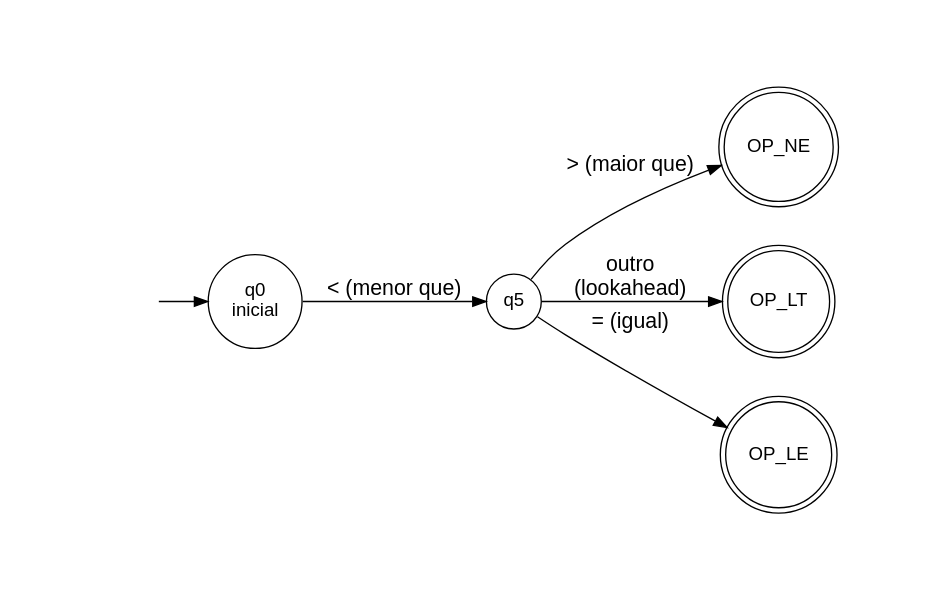
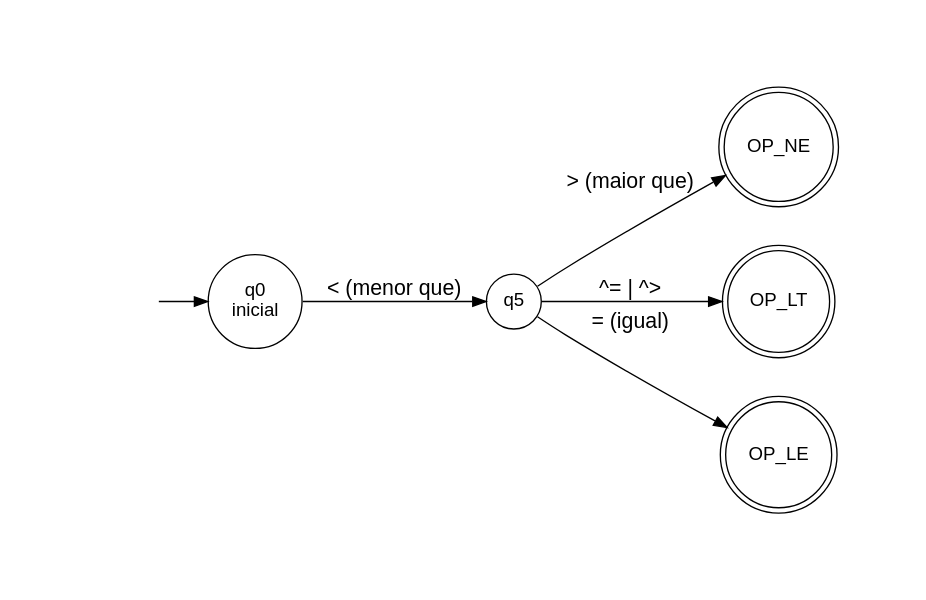
The diagram in Trabalho/analisador-lexico/AFDs/codigo/afd_operador_menor.dot (miguelhenriquecbl/LINGUAGENS-FORMAIS-AUT-MATOS-E-COMPILADORES), drawn with Graphviz before and after one commit. The commit also changed 18 other files, not shown here.

```diff
--- a/Trabalho/analisador-lexico/AFDs/codigo/afd_operador_menor.dot
+++ b/Trabalho/analisador-lexico/AFDs/codigo/afd_operador_menor.dot
@@ -1,33 +1,33 @@
 digraph afd_operador_menor {
     rankdir=LR;
     nodesep=0.4;
     pad=0.8;
     node [shape=circle, fontname="Arial"];
     edge [fontname="Arial", fontsize=16];
 
     /* estado invisível pra seta de entrada */
     inicio [shape=none, label=""];
 
     /* Estado Inicial */
     q0 [label="q0\ninicial"];
 
     /* estados intermediários */
     q5 [label="q5"];
 
     /* estados finais — círculo duplo */
     node [shape=doublecircle];
 
     /* Operadores relacionais */
     qOP_NE [label="OP_NE"]; /* <> */
     qOP_LT [label="OP_LT"]; /* < */
     qOP_LE [label="OP_LE"]; /* <= */
 
     /* seta de entrada */
     inicio -> q0;
 
     /* q0 -> estados intermediários */
     q0 -> q5 [label="< (menor que)"]; 
     q5 -> qOP_NE [label="> (maior que)"]; 
     q5 -> qOP_LE [label="= (igual)"]; 
-    q5 -> qOP_LT [label="outro\n(lookahead)"]; 
+    q5 -> qOP_LT [label="^= | ^>"];
 }
```
